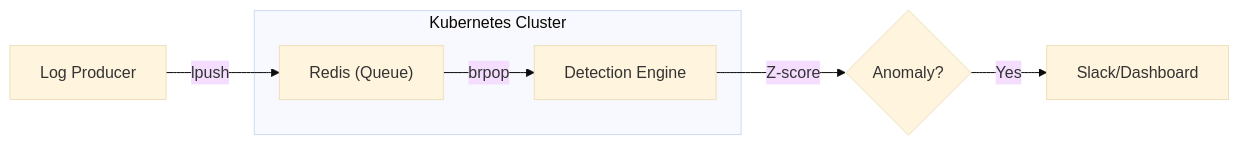
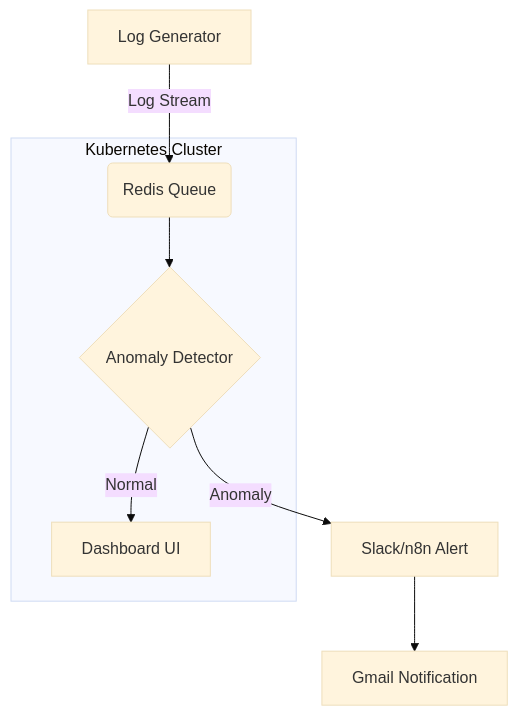
One commit to Jeongjiw00/logguard changed the diagram in README.md. Above: the diagram before and after it, drawn with Mermaid (base theme). The commit also changed other lines of this file and 9 other files, not shown here.

````diff
--- a/README.md
+++ b/README.md
@@ -27,12 +45,14 @@
 ```mermaid
-graph LR
-    A["Log Producer"] -->|lpush| B["Redis (Queue)"]
-    B -->|brpop| C["Detection Engine"]
-    C -->|Z-score| D{"Anomaly?"}
-    D -->|Yes| E["Slack/Dashboard"]
+graph TD
+    A[Log Generator] -->|Log Stream| B(Redis Queue)
+    B --> C{Anomaly Detector}
+    C -->|Normal| D[Dashboard UI]
+    C -->|Anomaly| E[Slack/n8n Alert]
+    E --> F[Gmail Notification]
     
     subgraph "Kubernetes Cluster"
     B
     C
+    D
     end
 ```
````
